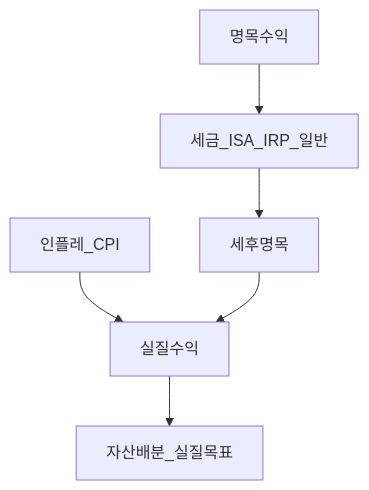
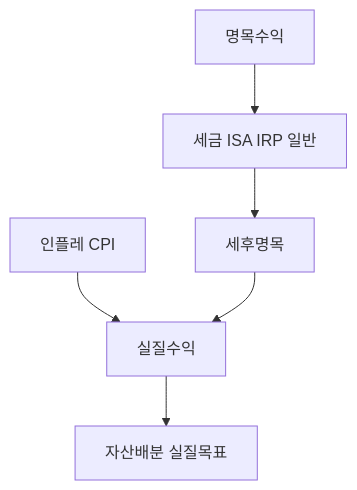
Before and after one commit to goldanghenry/Finances: the third of 3 diagrams in 02-economics/macro-06-asset-prices-macro.md, drawn with Mermaid. The commit also changed other lines of this file and 211 other files, not shown here.

````diff
--- a/02-economics/macro-06-asset-prices-macro.md
+++ b/02-economics/macro-06-asset-prices-macro.md
@@ -185,8 +195,8 @@
 ```mermaid
 flowchart TD
-  Nom[명목수익] --> Tax[세금_ISA_IRP_일반]
+  Nom[명목수익] --> Tax["세금 ISA IRP 일반"]
   Tax --> After[세후명목]
-  Infl[인플레_CPI] --> Real[실질수익]
+  Infl["인플레 CPI"] --> Real[실질수익]
   After --> Real
-  Real --> Goal[자산배분_실질목표]
+  Real --> Goal["자산배분 실질목표"]
 ```
````
